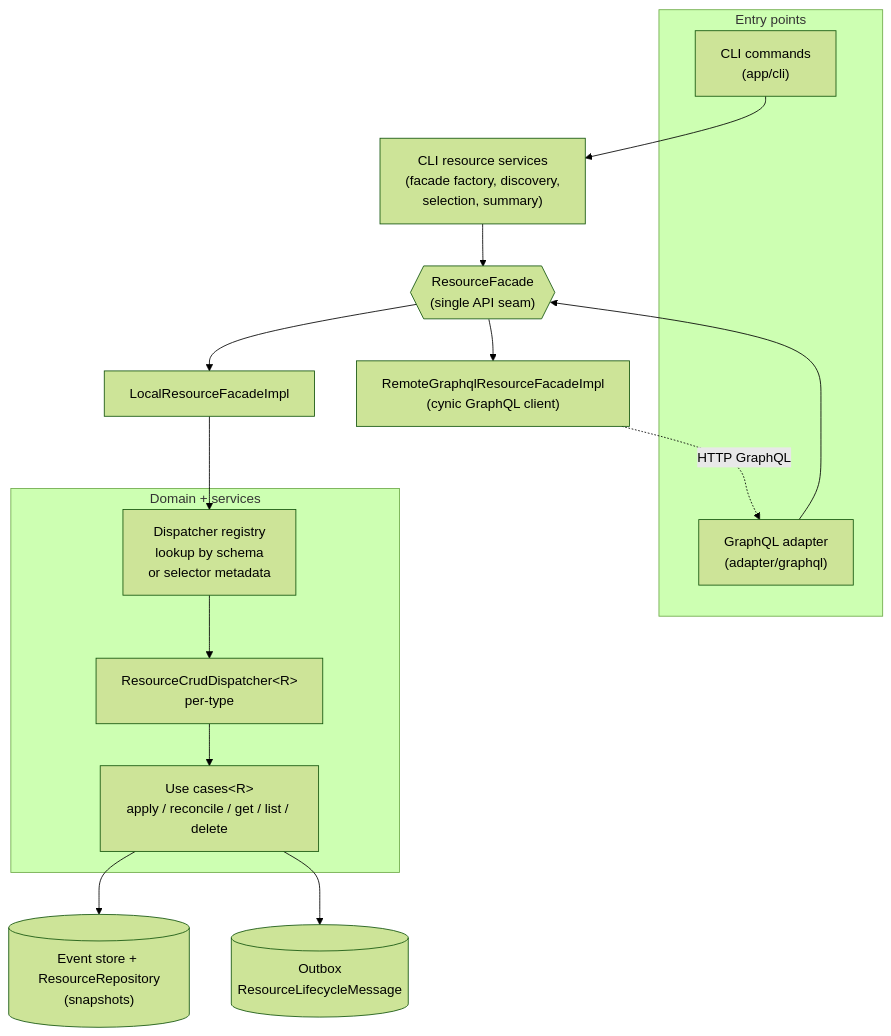
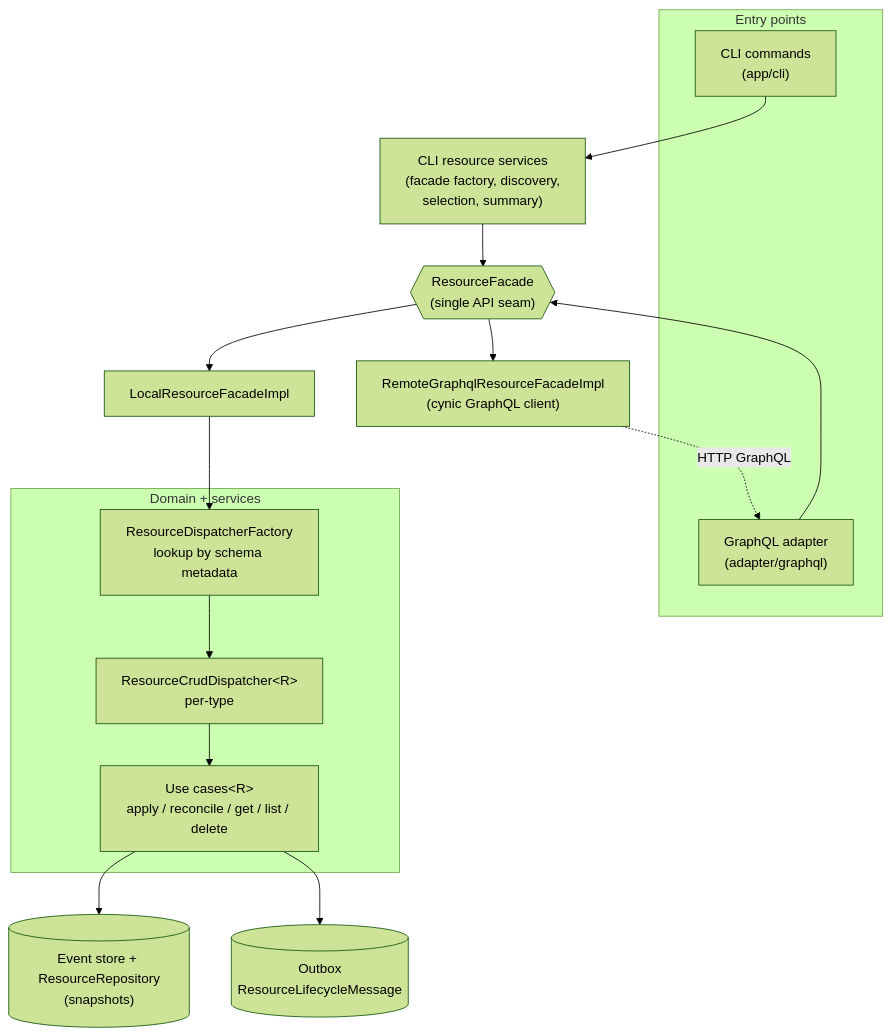
One commit to kamu-data/kamu-cli changed the first of 5 diagrams in docs/internal/resources-framework.md. Above: the diagram before and after it, drawn with Mermaid (forest theme). The commit also changed other lines of this file and 14 other files, not shown here.

````diff
--- a/docs/internal/resources-framework.md
+++ b/docs/internal/resources-framework.md
@@ -205,30 +205,30 @@
 ```mermaid
 flowchart TD
     subgraph adapters["Entry points"]
       CLI["CLI commands<br/>(app/cli)"]
       GQL["GraphQL adapter<br/>(adapter/graphql)"]
     end
 
     CLISVC["CLI resource services<br/>(facade factory, discovery,<br/>selection, summary)"]
     FACADE{{"ResourceFacade<br/>(single API seam)"}}
     LOCAL["LocalResourceFacadeImpl"]
     REMOTE["RemoteGraphqlResourceFacadeImpl<br/>(cynic GraphQL client)"]
 
     subgraph domain["Domain + services"]
-      REG["Dispatcher registry<br/>lookup by schema<br/>or selector metadata"]
+      REG["ResourceDispatcherFactory<br/>lookup by schema metadata"]
       DISP["ResourceCrudDispatcher&lt;R&gt;<br/>per-type"]
       UC["Use cases&lt;R&gt;<br/>apply / reconcile / get / list / delete"]
     end
 
     STORE[("Event store + ResourceRepository<br/>(snapshots)")]
     OUTBOX[("Outbox<br/>ResourceLifecycleMessage")]
 
     CLI --> CLISVC --> FACADE
     GQL --> FACADE
     FACADE --> LOCAL
     FACADE --> REMOTE
     REMOTE -.HTTP GraphQL.-> GQL
     LOCAL --> REG --> DISP --> UC
     UC --> STORE
     UC --> OUTBOX
 ```
````
